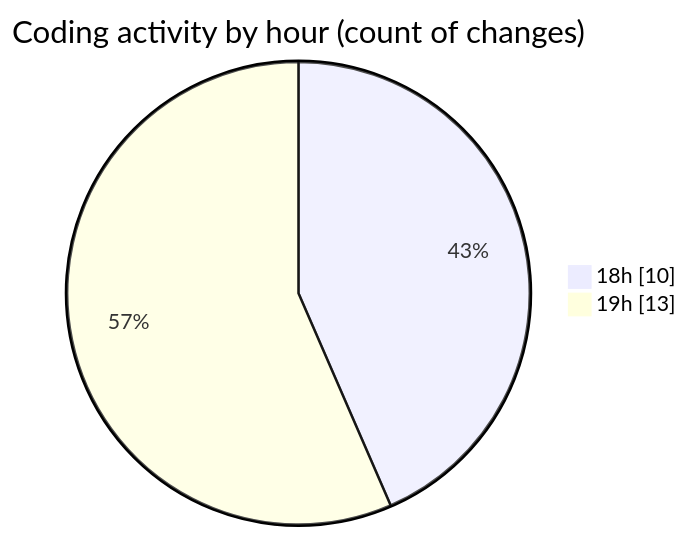
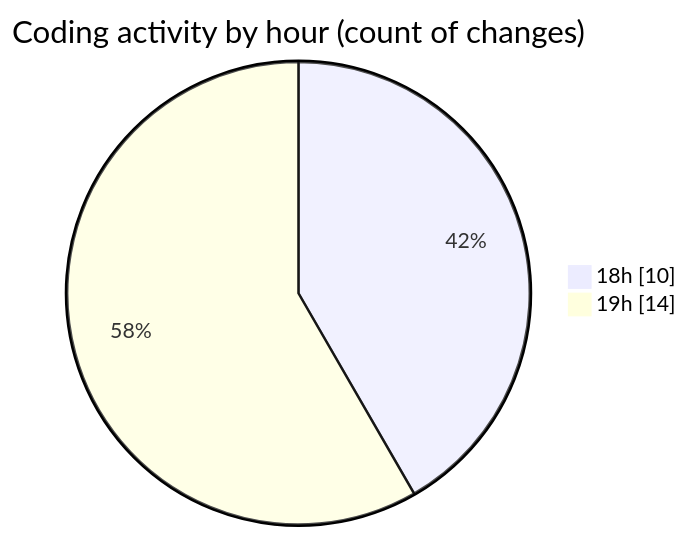
One commit to Netris89/code-tracking changed the second of 2 diagrams in 2025-03-29/back-end/README.md. Above: the diagram before and after it, drawn with Mermaid. The commit also changed other lines of this file and 1 other file, not shown here.

````diff
--- a/2025-03-29/back-end/README.md
+++ b/2025-03-29/back-end/README.md
@@ -28,6 +28,6 @@
 ```mermaid
 pie showData
 title Coding activity by hour (count of changes)
 "18h" : 10
-"19h" : 13
+"19h" : 14
 ```
````
